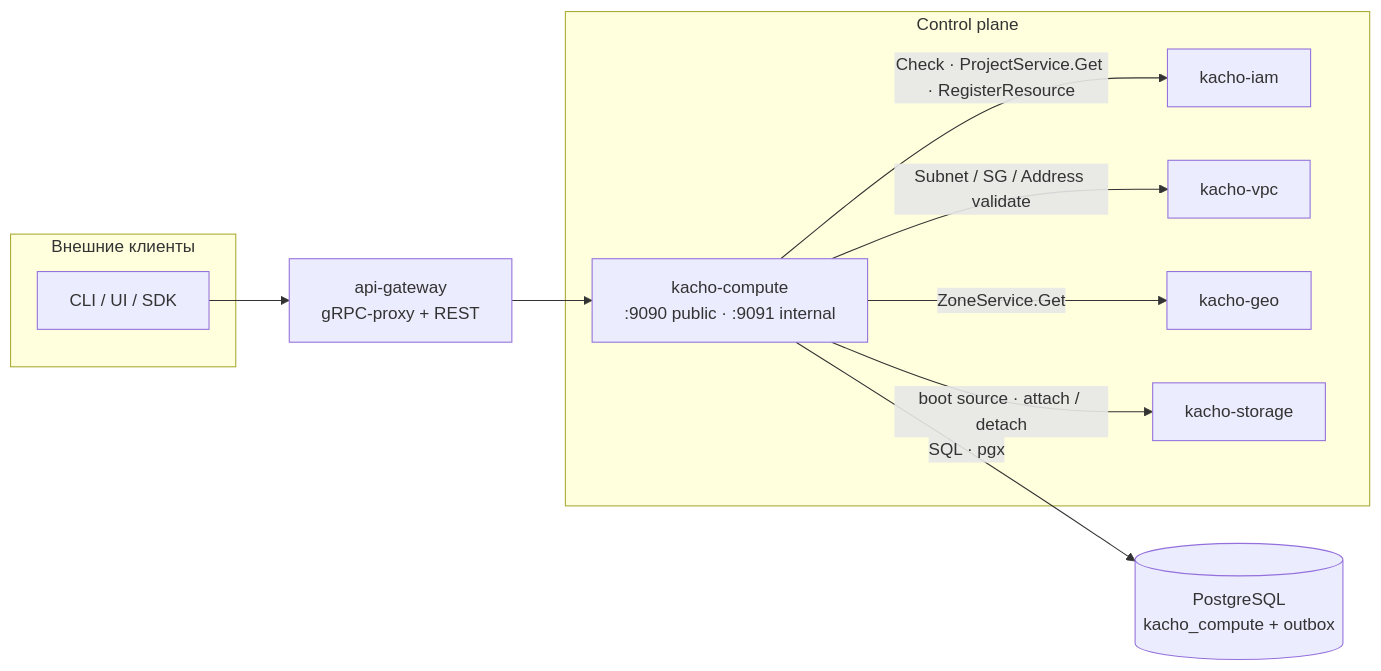
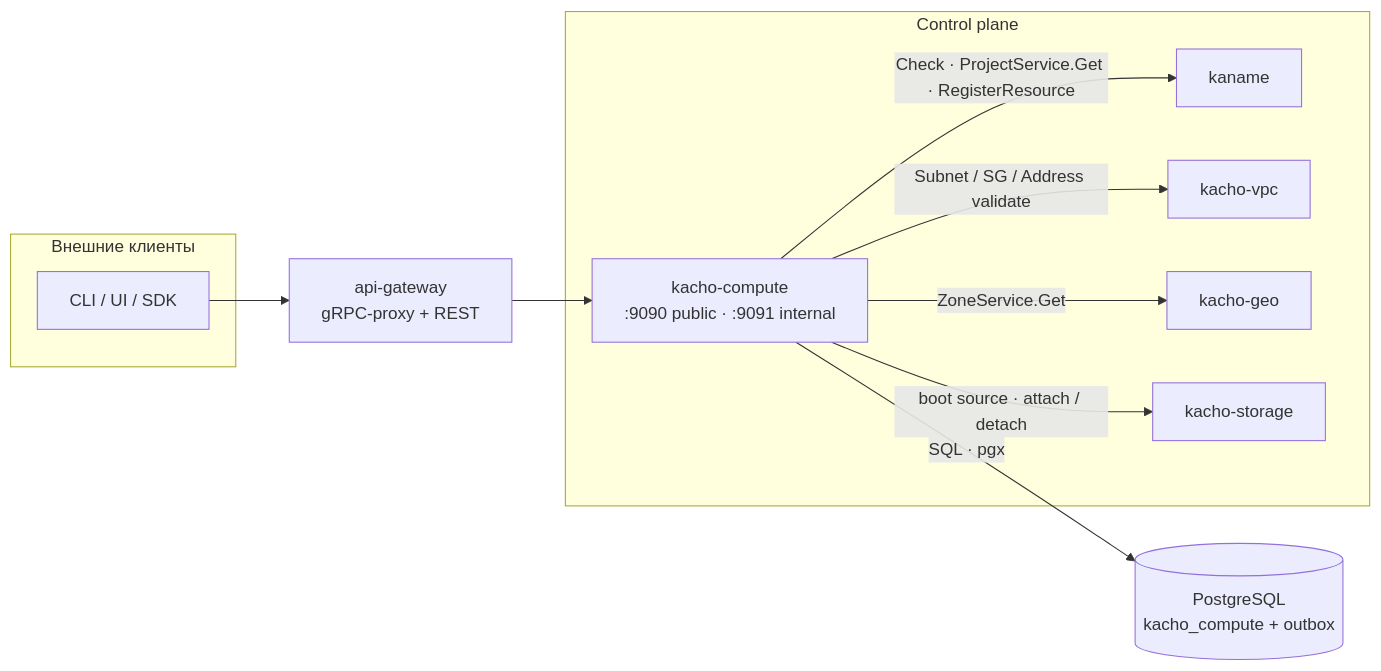
The first of 3 diagrams in services/compute/docs/content/architecture/overview.mdx (PRO-Robotech/kacho), drawn with Mermaid before and after one commit. The commit also changed other lines of this file and 5005 other files, not shown here.

````diff
--- a/services/compute/docs/content/architecture/overview.mdx
+++ b/services/compute/docs/content/architecture/overview.mdx
@@ -20,22 +20,22 @@
 ```mermaid
 flowchart LR
   subgraph ext["Внешние клиенты"]
     cli["CLI / UI / SDK"]
   end
   agw["api-gateway<br/>gRPC-proxy + REST"]
   subgraph cp["Control plane"]
     cmp["kacho-compute<br/>:9090 public · :9091 internal"]
-    iam["kacho-iam"]
+    iam["kaname"]
     vpc["kacho-vpc"]
     geo["kacho-geo"]
     stg["kacho-storage"]
   end
   pg[("PostgreSQL<br/>kacho_compute + outbox")]
 
   cli --> agw --> cmp
   cmp -->|"SQL · pgx"| pg
   cmp -->|"Check · ProjectService.Get · RegisterResource"| iam
   cmp -->|"Subnet / SG / Address validate"| vpc
   cmp -->|"ZoneService.Get"| geo
   cmp -->|"boot source · attach / detach"| stg
 ```
````
